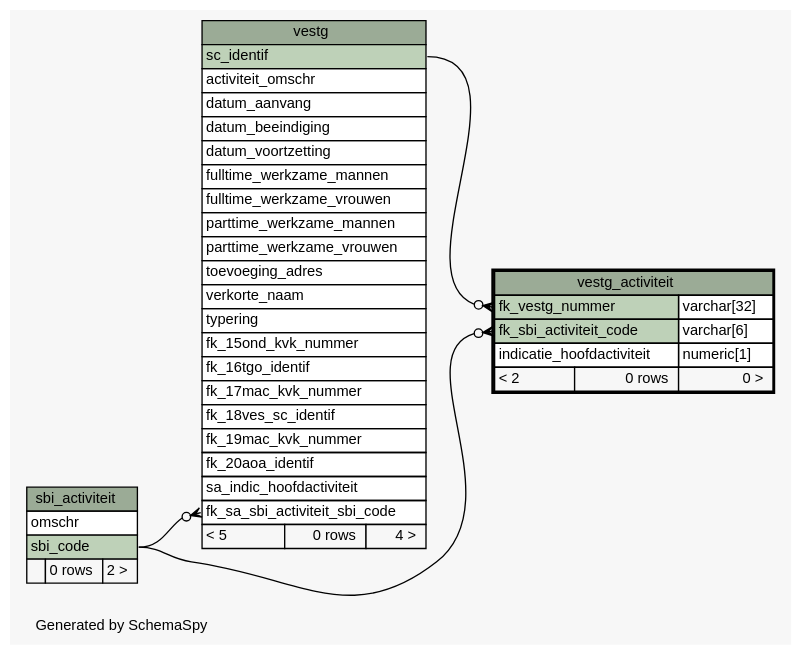
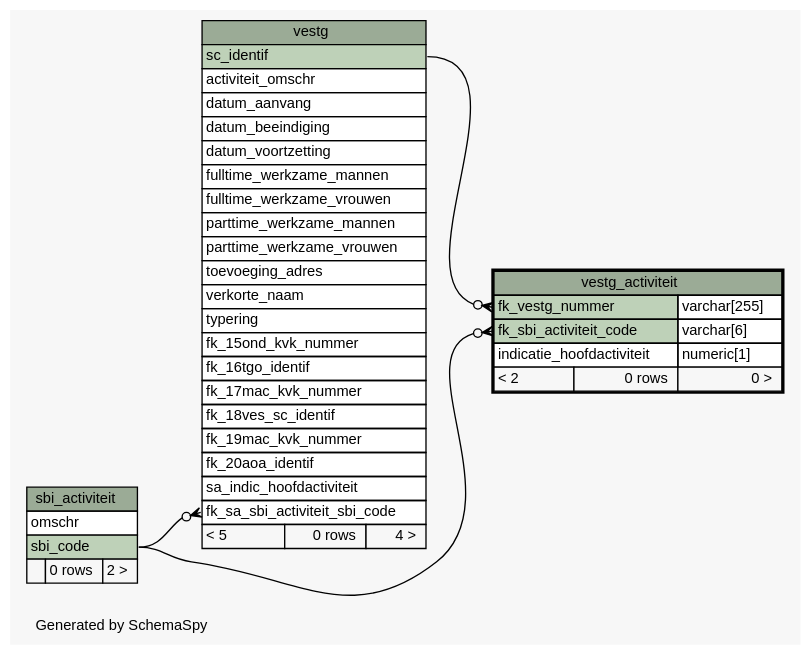
One commit to B3Partners/brmo changed the diagram in datamodel/schemaspy/diagrams/vestg_activiteit.1degree.dot. Above: the diagram before and after it, drawn with Graphviz. The commit also changed 3409 other files, not shown here.

```diff
--- a/datamodel/schemaspy/diagrams/vestg_activiteit.1degree.dot
+++ b/datamodel/schemaspy/diagrams/vestg_activiteit.1degree.dot
@@ -1,77 +1,77 @@
 // dot 2.40.1 on Linux 4.15.0-36-generic
 // SchemaSpy rev Unknown
 digraph "oneDegreeRelationshipsDiagram" {
   graph [
     rankdir="RL"
     bgcolor="#f7f7f7"
     label="\nGenerated by SchemaSpy"
     labeljust="l"
     nodesep="0.18"
     ranksep="0.46"
     fontname="Helvetica"
     fontsize="11"
   ];
   node [
     fontname="Helvetica"
     fontsize="11"
     shape="plaintext"
   ];
   edge [
     arrowsize="0.8"
   ];
   "vestg":"fk_sa_sbi_activiteit_sbi_code":w -> "sbi_activiteit":"sbi_code":e [arrowhead=none dir=back arrowtail=crowodot];
   "vestg_activiteit":"fk_sbi_activiteit_code":w -> "sbi_activiteit":"sbi_code":e [arrowhead=none dir=back arrowtail=crowodot];
   "vestg_activiteit":"fk_vestg_nummer":w -> "vestg":"sc_identif":e [arrowhead=none dir=back arrowtail=crowodot];
   "sbi_activiteit" [
     label=<
     <TABLE BORDER="0" CELLBORDER="1" CELLSPACING="0" BGCOLOR="#ffffff">
       <TR><TD COLSPAN="3" BGCOLOR="#9bab96" ALIGN="CENTER">sbi_activiteit</TD></TR>
       <TR><TD PORT="omschr" COLSPAN="3" ALIGN="LEFT">omschr</TD></TR>
       <TR><TD PORT="sbi_code" COLSPAN="3" BGCOLOR="#bed1b8" ALIGN="LEFT">sbi_code</TD></TR>
       <TR><TD ALIGN="LEFT" BGCOLOR="#f7f7f7">  </TD><TD ALIGN="RIGHT" BGCOLOR="#f7f7f7">0 rows</TD><TD ALIGN="RIGHT" BGCOLOR="#f7f7f7">2 &gt;</TD></TR>
     </TABLE>>
     URL="sbi_activiteit.html"
     tooltip="sbi_activiteit"
   ];
   "vestg" [
     label=<
     <TABLE BORDER="0" CELLBORDER="1" CELLSPACING="0" BGCOLOR="#ffffff">
       <TR><TD COLSPAN="3" BGCOLOR="#9bab96" ALIGN="CENTER">vestg</TD></TR>
       <TR><TD PORT="sc_identif" COLSPAN="3" BGCOLOR="#bed1b8" ALIGN="LEFT">sc_identif</TD></TR>
       <TR><TD PORT="activiteit_omschr" COLSPAN="3" ALIGN="LEFT">activiteit_omschr</TD></TR>
       <TR><TD PORT="datum_aanvang" COLSPAN="3" ALIGN="LEFT">datum_aanvang</TD></TR>
       <TR><TD PORT="datum_beeindiging" COLSPAN="3" ALIGN="LEFT">datum_beeindiging</TD></TR>
       <TR><TD PORT="datum_voortzetting" COLSPAN="3" ALIGN="LEFT">datum_voortzetting</TD></TR>
       <TR><TD PORT="fulltime_werkzame_mannen" COLSPAN="3" ALIGN="LEFT">fulltime_werkzame_mannen</TD></TR>
       <TR><TD PORT="fulltime_werkzame_vrouwen" COLSPAN="3" ALIGN="LEFT">fulltime_werkzame_vrouwen</TD></TR>
       <TR><TD PORT="parttime_werkzame_mannen" COLSPAN="3" ALIGN="LEFT">parttime_werkzame_mannen</TD></TR>
       <TR><TD PORT="parttime_werkzame_vrouwen" COLSPAN="3" ALIGN="LEFT">parttime_werkzame_vrouwen</TD></TR>
       <TR><TD PORT="toevoeging_adres" COLSPAN="3" ALIGN="LEFT">toevoeging_adres</TD></TR>
       <TR><TD PORT="verkorte_naam" COLSPAN="3" ALIGN="LEFT">verkorte_naam</TD></TR>
       <TR><TD PORT="typering" COLSPAN="3" ALIGN="LEFT">typering</TD></TR>
       <TR><TD PORT="fk_15ond_kvk_nummer" COLSPAN="3" ALIGN="LEFT">fk_15ond_kvk_nummer</TD></TR>
       <TR><TD PORT="fk_16tgo_identif" COLSPAN="3" ALIGN="LEFT">fk_16tgo_identif</TD></TR>
       <TR><TD PORT="fk_17mac_kvk_nummer" COLSPAN="3" ALIGN="LEFT">fk_17mac_kvk_nummer</TD></TR>
       <TR><TD PORT="fk_18ves_sc_identif" COLSPAN="3" ALIGN="LEFT">fk_18ves_sc_identif</TD></TR>
       <TR><TD PORT="fk_19mac_kvk_nummer" COLSPAN="3" ALIGN="LEFT">fk_19mac_kvk_nummer</TD></TR>
       <TR><TD PORT="fk_20aoa_identif" COLSPAN="3" ALIGN="LEFT">fk_20aoa_identif</TD></TR>
       <TR><TD PORT="sa_indic_hoofdactiviteit" COLSPAN="3" ALIGN="LEFT">sa_indic_hoofdactiviteit</TD></TR>
       <TR><TD PORT="fk_sa_sbi_activiteit_sbi_code" COLSPAN="3" ALIGN="LEFT">fk_sa_sbi_activiteit_sbi_code</TD></TR>
       <TR><TD ALIGN="LEFT" BGCOLOR="#f7f7f7">&lt; 5</TD><TD ALIGN="RIGHT" BGCOLOR="#f7f7f7">0 rows</TD><TD ALIGN="RIGHT" BGCOLOR="#f7f7f7">4 &gt;</TD></TR>
     </TABLE>>
     URL="vestg.html"
     tooltip="vestg"
   ];
   "vestg_activiteit" [
     label=<
     <TABLE BORDER="2" CELLBORDER="1" CELLSPACING="0" BGCOLOR="#ffffff">
       <TR><TD COLSPAN="3" BGCOLOR="#9bab96" ALIGN="CENTER">vestg_activiteit</TD></TR>
-      <TR><TD PORT="fk_vestg_nummer" COLSPAN="2" BGCOLOR="#bed1b8" ALIGN="LEFT">fk_vestg_nummer</TD><TD PORT="fk_vestg_nummer.type" ALIGN="LEFT">varchar[32]</TD></TR>
+      <TR><TD PORT="fk_vestg_nummer" COLSPAN="2" BGCOLOR="#bed1b8" ALIGN="LEFT">fk_vestg_nummer</TD><TD PORT="fk_vestg_nummer.type" ALIGN="LEFT">varchar[255]</TD></TR>
       <TR><TD PORT="fk_sbi_activiteit_code" COLSPAN="2" BGCOLOR="#bed1b8" ALIGN="LEFT">fk_sbi_activiteit_code</TD><TD PORT="fk_sbi_activiteit_code.type" ALIGN="LEFT">varchar[6]</TD></TR>
       <TR><TD PORT="indicatie_hoofdactiviteit" COLSPAN="2" ALIGN="LEFT">indicatie_hoofdactiviteit</TD><TD PORT="indicatie_hoofdactiviteit.type" ALIGN="LEFT">numeric[1]</TD></TR>
       <TR><TD ALIGN="LEFT" BGCOLOR="#f7f7f7">&lt; 2</TD><TD ALIGN="RIGHT" BGCOLOR="#f7f7f7">0 rows</TD><TD ALIGN="RIGHT" BGCOLOR="#f7f7f7">0 &gt;</TD></TR>
     </TABLE>>
     URL="vestg_activiteit.html"
     tooltip="vestg_activiteit"
   ];
 }
```
